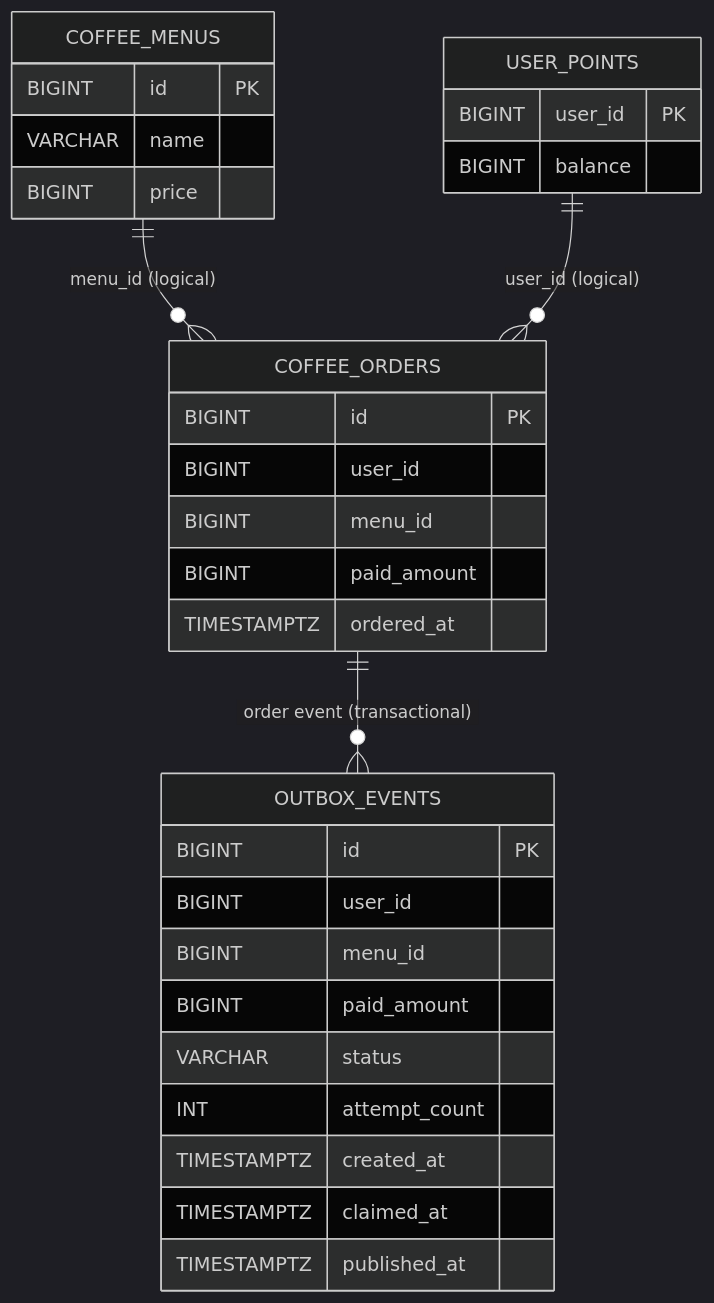
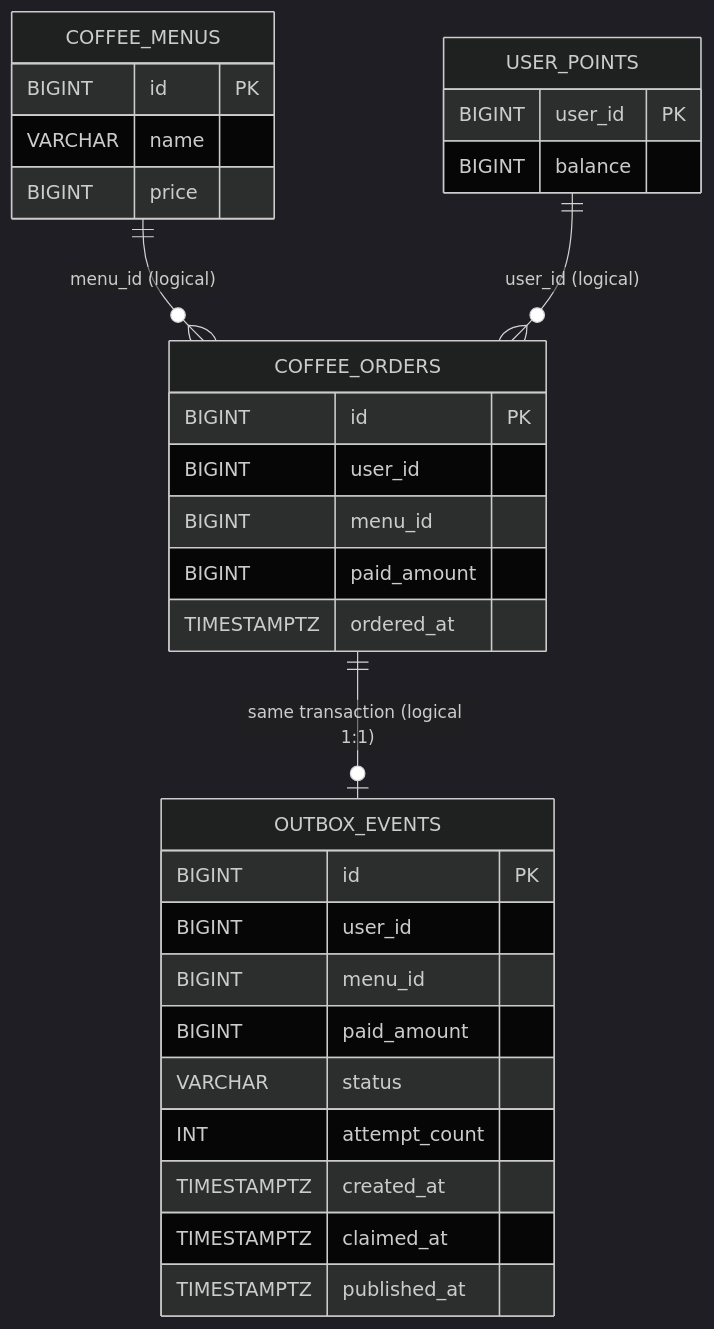
One commit to inan0226/coffee-order-service changed the diagram in docs/ERD.md. Above: the diagram before and after it, drawn with Mermaid (dark theme). The commit also changed other lines of this file and 3 other files, not shown here.

````diff
--- a/docs/ERD.md
+++ b/docs/ERD.md
@@ -3,37 +3,37 @@
 ```mermaid
 erDiagram
     COFFEE_MENUS {
         BIGINT id PK
         VARCHAR name
         BIGINT price
     }
 
     USER_POINTS {
         BIGINT user_id PK
         BIGINT balance
     }
 
     COFFEE_ORDERS {
         BIGINT id PK
         BIGINT user_id
         BIGINT menu_id
         BIGINT paid_amount
         TIMESTAMPTZ ordered_at
     }
 
     OUTBOX_EVENTS {
         BIGINT id PK
         BIGINT user_id
         BIGINT menu_id
         BIGINT paid_amount
         VARCHAR status
         INT attempt_count
         TIMESTAMPTZ created_at
         TIMESTAMPTZ claimed_at
         TIMESTAMPTZ published_at
     }
 
     COFFEE_MENUS ||--o{ COFFEE_ORDERS : "menu_id (logical)"
     USER_POINTS ||--o{ COFFEE_ORDERS : "user_id (logical)"
-    COFFEE_ORDERS ||--o{ OUTBOX_EVENTS : "order event (transactional)"
+    COFFEE_ORDERS ||--o| OUTBOX_EVENTS : "same transaction (logical 1:1)"
 ```
````
